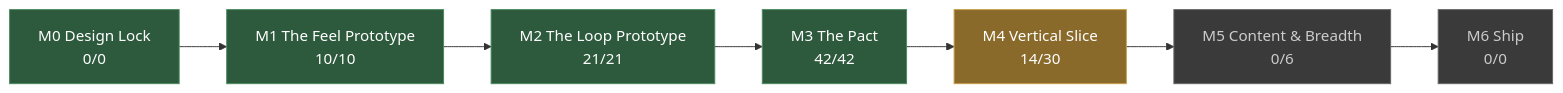
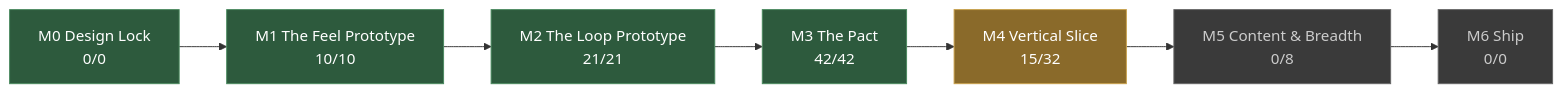
Before and after one commit to JoshuaGessner/she: the diagram in docs/STATUS.md, drawn with Mermaid. The commit also changed other lines of this file and 14 other files, not shown here.

````diff
--- a/docs/STATUS.md
+++ b/docs/STATUS.md
@@ -13,19 +13,19 @@
 ```mermaid
 flowchart LR
   M0["M0 Design Lock<br/>0/0"]:::passed
   M1["M1 The Feel Prototype<br/>10/10"]:::passed
   M0 --> M1
   M2["M2 The Loop Prototype<br/>21/21"]:::passed
   M1 --> M2
   M3["M3 The Pact<br/>42/42"]:::passed
   M2 --> M3
-  M4["M4 Vertical Slice<br/>14/30"]:::current
+  M4["M4 Vertical Slice<br/>15/32"]:::current
   M3 --> M4
-  M5["M5 Content & Breadth<br/>0/6"]:::ahead
+  M5["M5 Content & Breadth<br/>0/8"]:::ahead
   M4 --> M5
   M6["M6 Ship<br/>0/0"]:::ahead
   M5 --> M6
   classDef passed fill:#2d5a3d,stroke:#4a8a5f,color:#fff
   classDef current fill:#8a6a2a,stroke:#c8a04a,color:#fff
   classDef ahead fill:#3a3a3a,stroke:#666,color:#ccc
 ```
````
